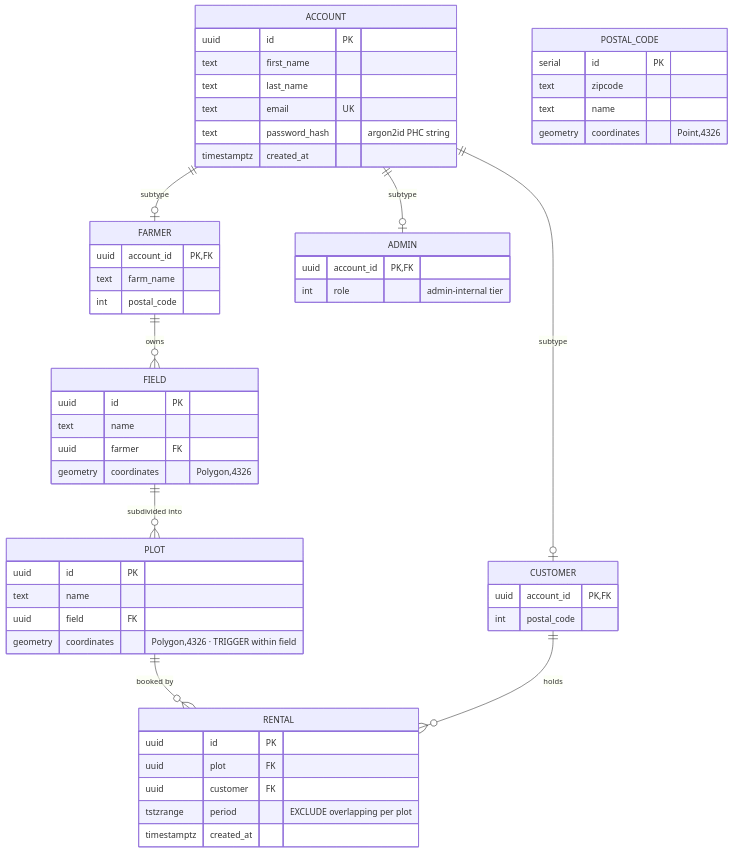
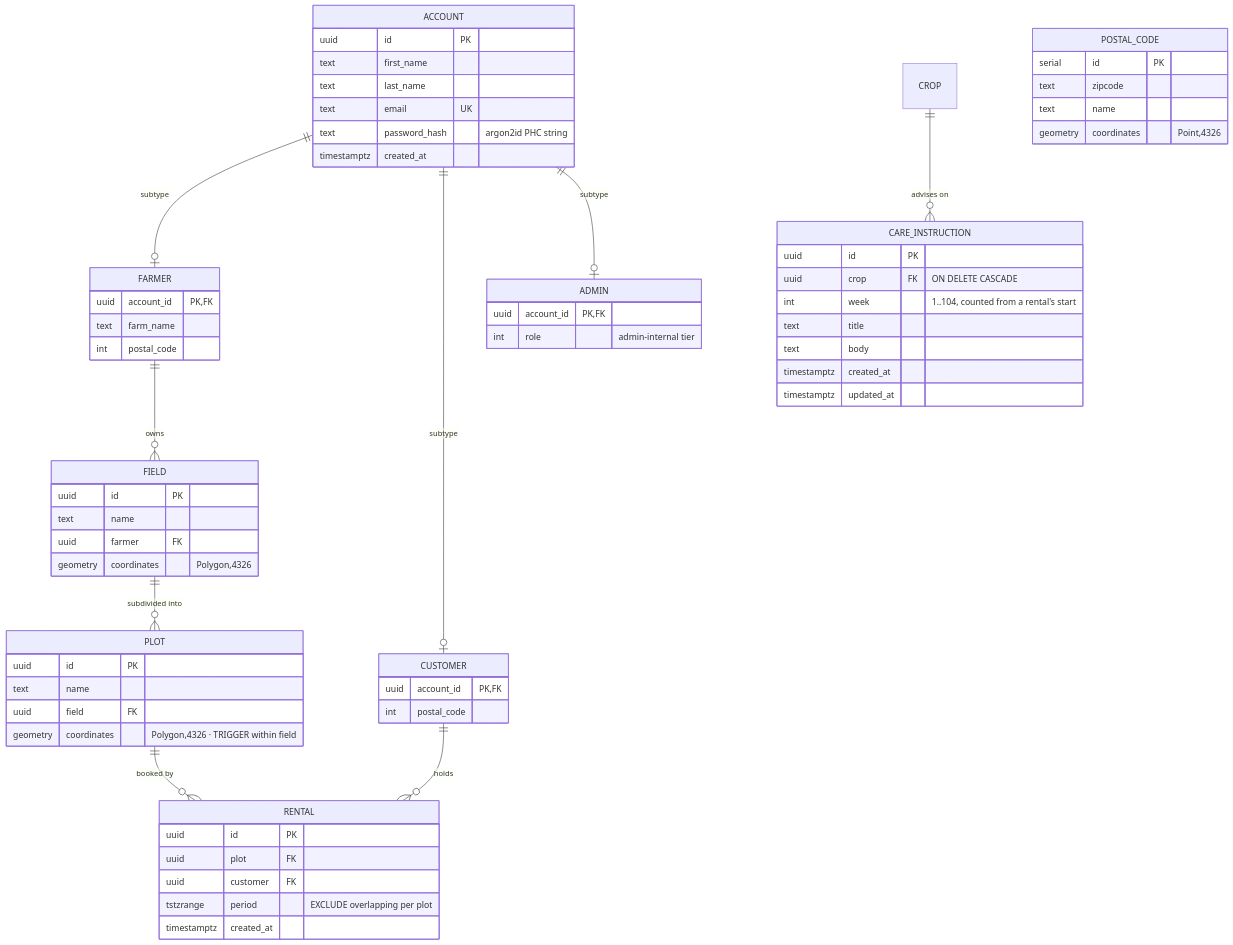
One commit to Neue-Konzepte-BaaS/backend changed the eighth of 16 diagrams in ARCHITECTURE.md. Above: the diagram before and after it, drawn with Mermaid. The commit also changed other lines of this file and 20 other files, not shown here.

````diff
--- a/ARCHITECTURE.md
+++ b/ARCHITECTURE.md
@@ -389,57 +401,67 @@
 ```mermaid
 erDiagram
     ACCOUNT ||--o| FARMER   : "subtype"
     ACCOUNT ||--o| CUSTOMER : "subtype"
     ACCOUNT ||--o| ADMIN    : "subtype"
     FARMER  ||--o{ FIELD    : owns
     FIELD   ||--o{ PLOT     : "subdivided into"
     PLOT    ||--o{ RENTAL   : "booked by"
     CUSTOMER ||--o{ RENTAL  : holds
+    CROP    ||--o{ CARE_INSTRUCTION : "advises on"
 
     ACCOUNT {
         uuid id PK
         text first_name
         text last_name
         text email UK
         text password_hash "argon2id PHC string"
         timestamptz created_at
     }
     FARMER {
         uuid account_id PK,FK
         text farm_name
         int  postal_code
     }
     CUSTOMER {
         uuid account_id PK,FK
         int  postal_code
     }
     ADMIN {
         uuid account_id PK,FK
         int  role "admin-internal tier"
     }
     FIELD {
         uuid id PK
         text name
         uuid farmer FK
         geometry coordinates "Polygon,4326"
     }
     PLOT {
         uuid id PK
         text name
         uuid field FK
         geometry coordinates "Polygon,4326 · TRIGGER within field"
     }
     RENTAL {
         uuid id PK
         uuid plot FK
         uuid customer FK
         tstzrange period "EXCLUDE overlapping per plot"
         timestamptz created_at
     }
+    CARE_INSTRUCTION {
+        uuid id PK
+        uuid crop FK "ON DELETE CASCADE"
+        int  week "1..104, counted from a rental's start"
+        text title
+        text body
+        timestamptz created_at
+        timestamptz updated_at
+    }
     POSTAL_CODE {
         serial id PK
         text zipcode
         text name
         geometry coordinates "Point,4326"
     }
 ```
````
